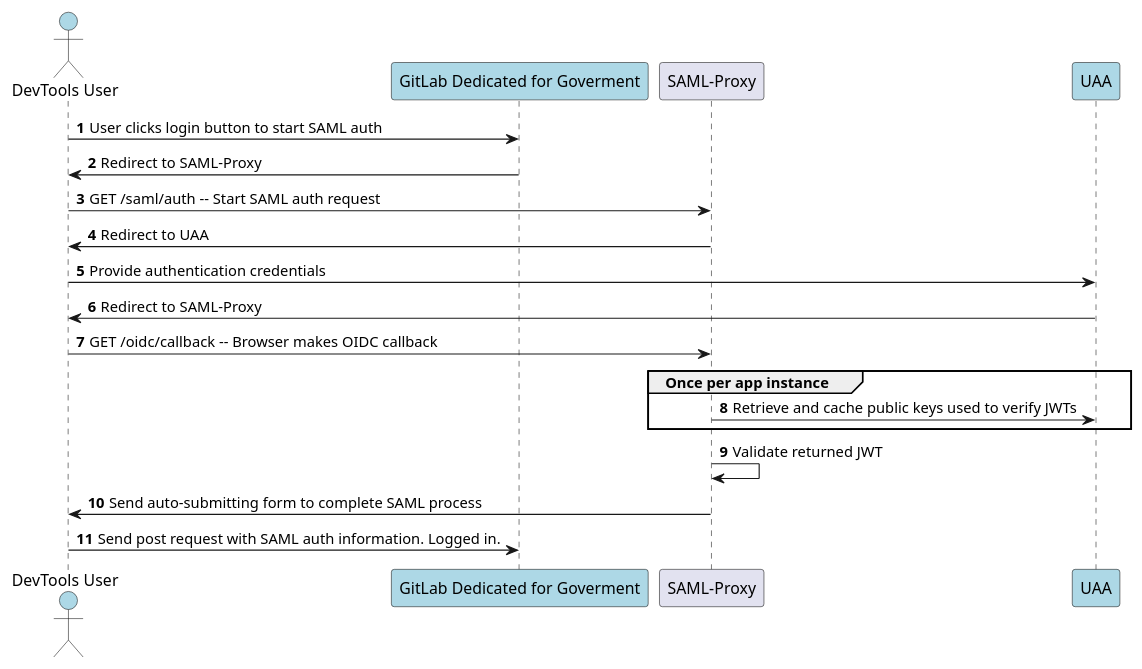
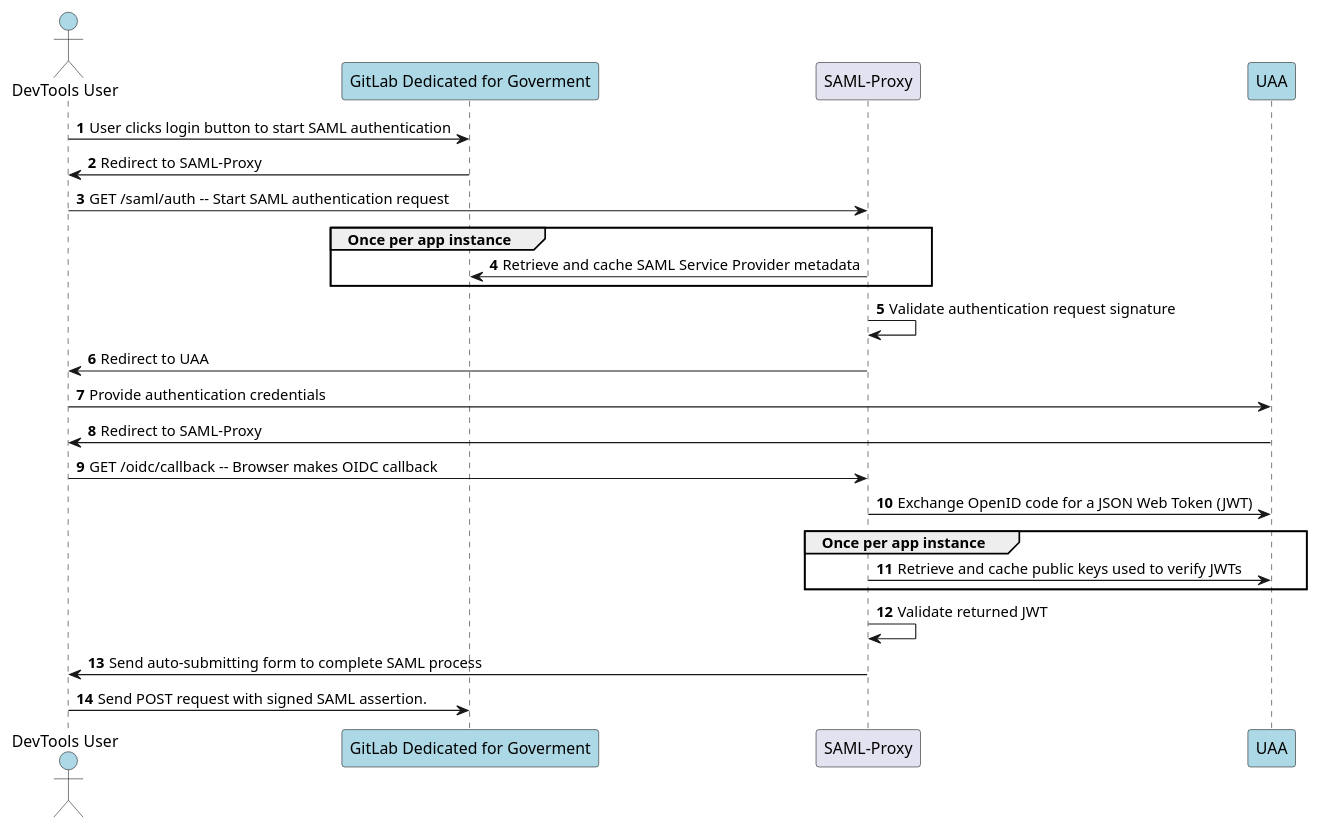
Before and after one commit to rahearn/saml-proxy: the diagram in doc/compliance/apps/data.flow.md, drawn with PlantUML. The commit also changed 8 other files, not shown here.

Commit message:
Update diagrams for authentication request signing workflow

````diff
--- a/doc/compliance/apps/data.flow.md
+++ b/doc/compliance/apps/data.flow.md
@@ -5,24 +5,29 @@
 ```plantuml
 @startuml
 Actor "DevTools User" as User #add8e6
 Participant "GitLab Dedicated for Goverment" as GDG #add8e6
 Participant "SAML-Proxy" as SP
 Participant "UAA" #add8e6
 
 autonumber
 
-User -> GDG : User clicks login button to start SAML auth
+User -> GDG : User clicks login button to start SAML authentication
 GDG -> User : Redirect to SAML-Proxy
-User -> SP : GET /saml/auth -- Start SAML auth request
+User -> SP : GET /saml/auth -- Start SAML authentication request
+group Once per app instance
+SP -> GDG : Retrieve and cache SAML Service Provider metadata
+end
+SP -> SP : Validate authentication request signature
 SP -> User : Redirect to UAA
 User -> UAA : Provide authentication credentials
 UAA -> User : Redirect to SAML-Proxy
 User -> SP : GET /oidc/callback -- Browser makes OIDC callback
+SP -> UAA : Exchange OpenID code for a JSON Web Token (JWT)
 group Once per app instance
 SP -> UAA : Retrieve and cache public keys used to verify JWTs
 end
 SP -> SP : Validate returned JWT
 SP -> User : Send auto-submitting form to complete SAML process
-User -> GDG : Send post request with SAML auth information. Logged in.
+User -> GDG : Send POST request with signed SAML assertion.
 @enduml
 ```
````
